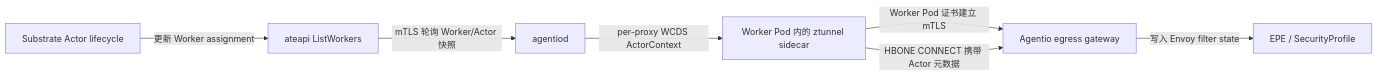
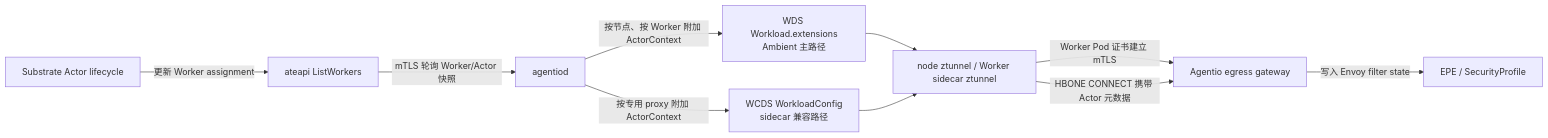
The first of 2 diagrams in docs/integrations/actor-identity-worker-mtls-poc.zh-CN.md (Kuromesi/agentio), drawn with Mermaid before and after one commit. The commit also changed other lines of this file, not shown here.

Commit message:
docs: record ambient actor workload poc

````diff
--- a/docs/integrations/actor-identity-worker-mtls-poc.zh-CN.md
+++ b/docs/integrations/actor-identity-worker-mtls-poc.zh-CN.md
@@ -34,16 +35,21 @@
 ```mermaid
 flowchart LR
     A["Substrate Actor lifecycle"]
     S["ateapi ListWorkers"]
     D["agentiod"]
-    Z["Worker Pod 内的 ztunnel sidecar"]
+    W["WDS Workload.extensions\nAmbient 主路径"]
+    C["WCDS WorkloadConfig\nsidecar 兼容路径"]
+    Z["node ztunnel / Worker sidecar ztunnel"]
     G["Agentio egress gateway"]
     E["EPE / SecurityProfile"]
 
     A -->|"更新 Worker assignment"| S
     S -->|"mTLS 轮询 Worker/Actor 快照"| D
-    D -->|"per-proxy WCDS ActorContext"| Z
+    D -->|"按节点、按 Worker 附加 ActorContext"| W
+    D -->|"按专用 proxy 附加 ActorContext"| C
+    W --> Z
+    C --> Z
     Z -->|"Worker Pod 证书建立 mTLS"| G
     Z -->|"HBONE CONNECT 携带 Actor 元数据"| G
     G -->|"写入 Envoy filter state"| E
 ```
````
